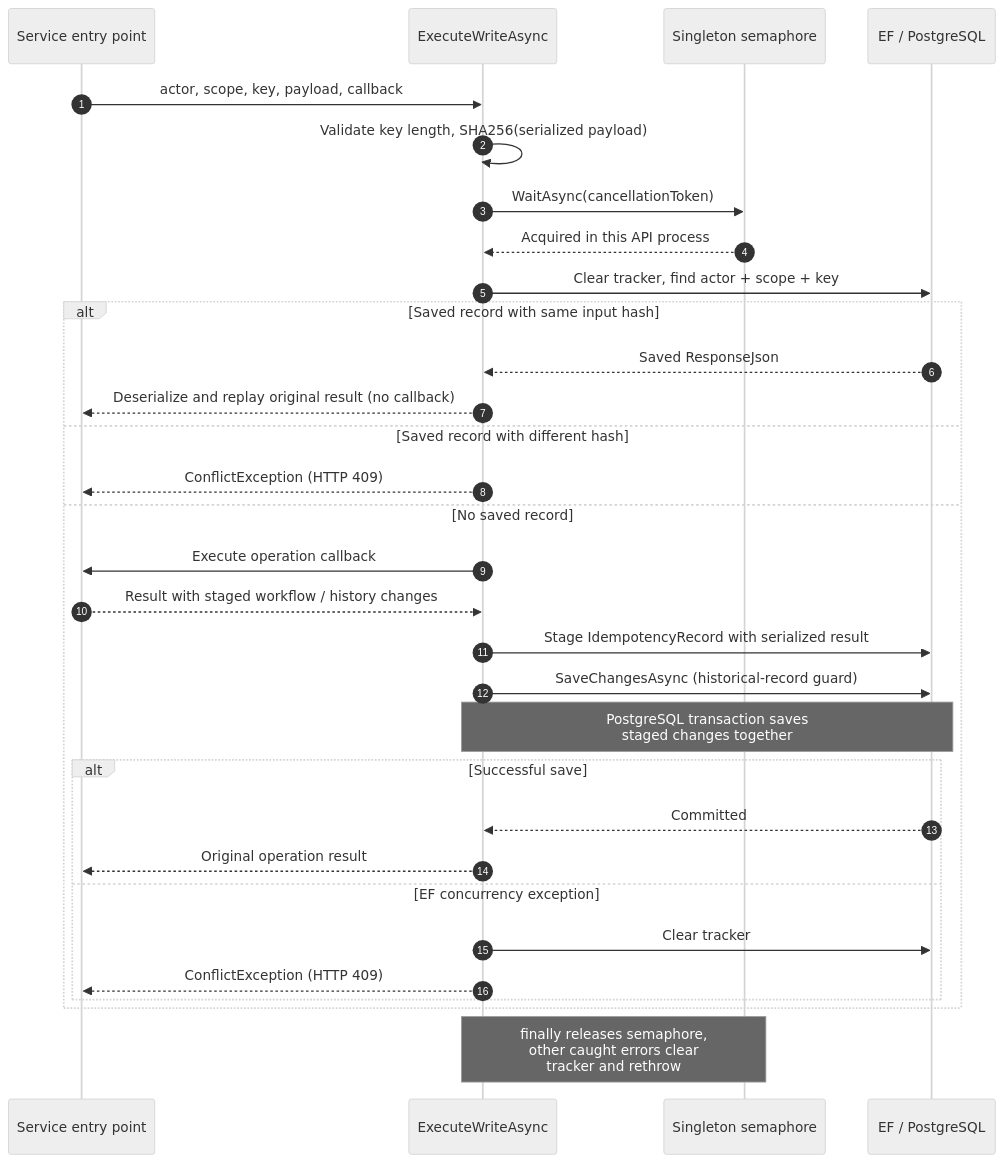
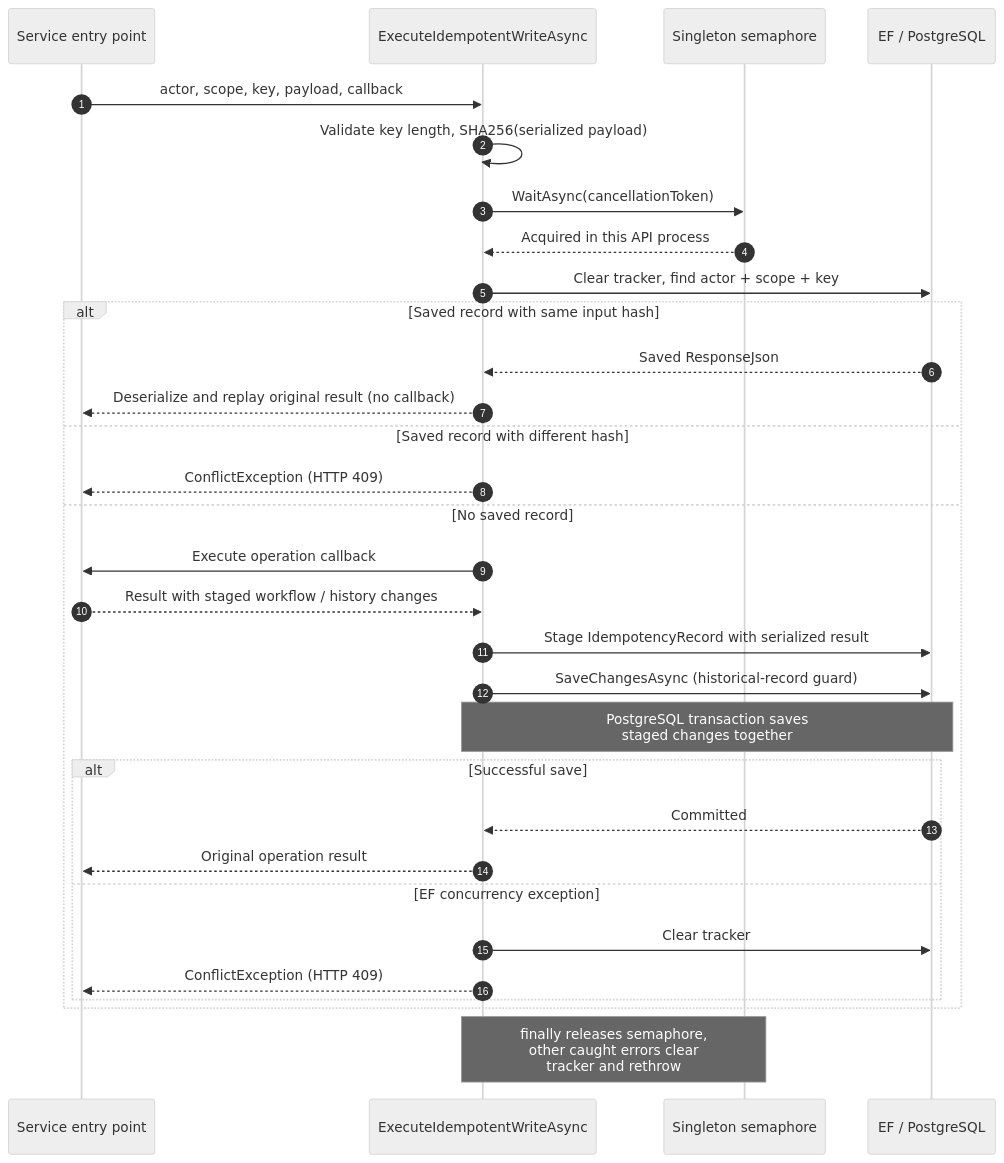
The diagram in Backend/BlueHarvest.PricingExceptions/docs/CurrentImplementation/diagrams/03-write-and-retry.mmd (FerdinandGang4/Mortgage-pricing-exception-requests-Application), drawn with Mermaid (neutral theme) before and after one commit. The commit also changed 128 other files, not shown here.

```diff
--- a/Backend/BlueHarvest.PricingExceptions/docs/CurrentImplementation/diagrams/03-write-and-retry.mmd
+++ b/Backend/BlueHarvest.PricingExceptions/docs/CurrentImplementation/diagrams/03-write-and-retry.mmd
@@ -1,31 +1,31 @@
 sequenceDiagram
     autonumber
     participant S as Service entry point
-    participant W as ExecuteWriteAsync
+    participant W as ExecuteIdempotentWriteAsync
     participant L as Singleton semaphore
     participant D as EF / PostgreSQL
     S->>W: actor, scope, key, payload, callback
     W->>W: Validate key length, SHA256(serialized payload)
     W->>L: WaitAsync(cancellationToken)
     L-->>W: Acquired in this API process
     W->>D: Clear tracker, find actor + scope + key
     alt Saved record with same input hash
         D-->>W: Saved ResponseJson
         W-->>S: Deserialize and replay original result (no callback)
     else Saved record with different hash
         W-->>S: ConflictException (HTTP 409)
     else No saved record
         W->>S: Execute operation callback
         S-->>W: Result with staged workflow / history changes
         W->>D: Stage IdempotencyRecord with serialized result
         W->>D: SaveChangesAsync (historical-record guard)
         Note over W,D: PostgreSQL transaction saves<br/>staged changes together
         alt Successful save
             D-->>W: Committed
             W-->>S: Original operation result
         else EF concurrency exception
             W->>D: Clear tracker
             W-->>S: ConflictException (HTTP 409)
         end
     end
     Note over W,L: finally releases semaphore,<br/>other caught errors clear<br/>tracker and rethrow
```
